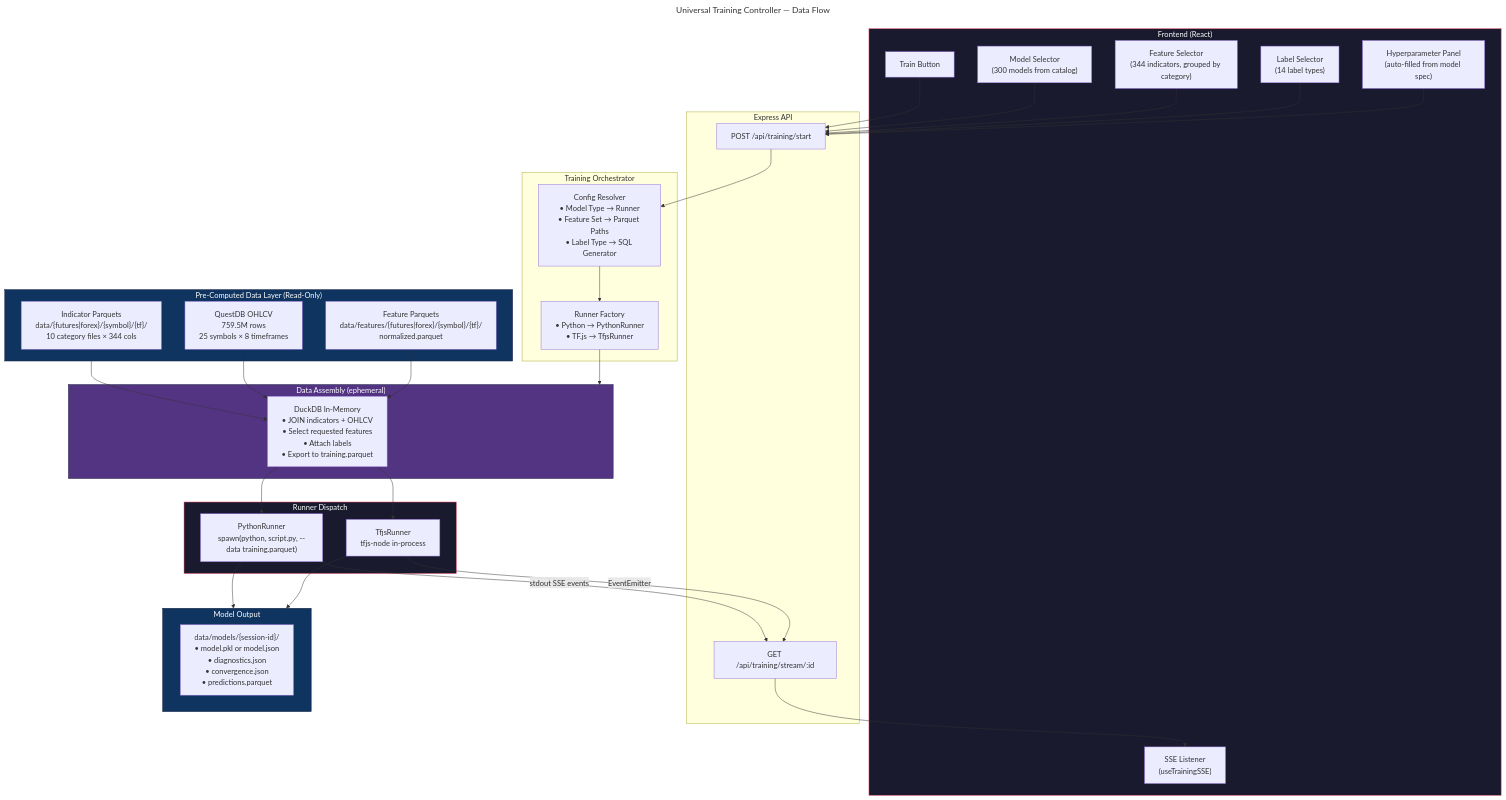
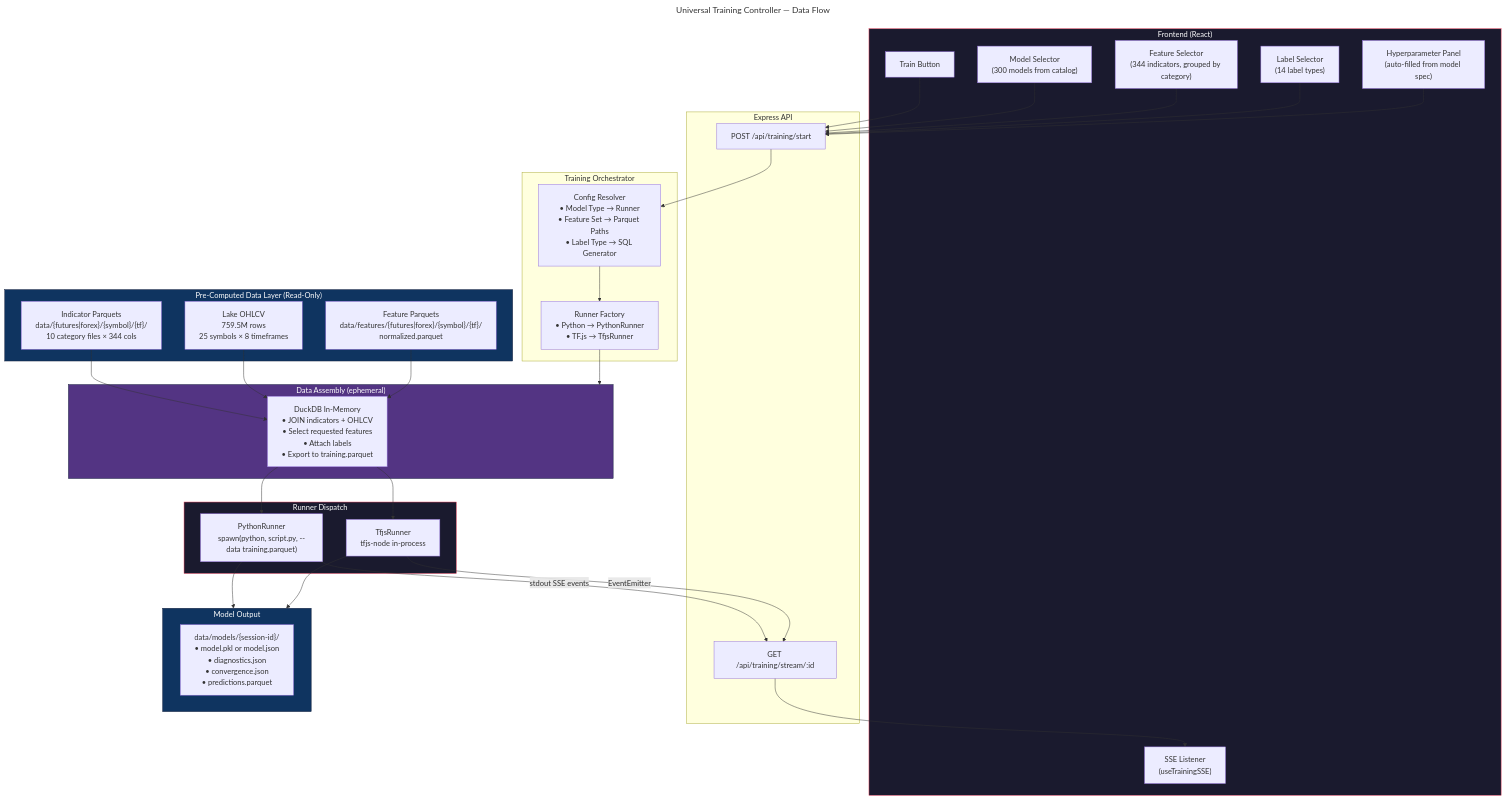
Before and after one commit to Outtsett/ml_dashboard: the first of 4 diagrams in docs/UNIVERSAL-TRAINING-ARCHITECTURE.md, drawn with Mermaid. The commit also changed other lines of this file and 76 other files, not shown here.

````diff
--- a/docs/UNIVERSAL-TRAINING-ARCHITECTURE.md
+++ b/docs/UNIVERSAL-TRAINING-ARCHITECTURE.md
@@ -9,68 +9,68 @@
 ```mermaid
 ---
 title: "Universal Training Controller — Data Flow"
 ---
 flowchart TB
     subgraph UI["Frontend (React)"]
         TB["Train Button"]
         MS["Model Selector\n(300 models from catalog)"]
         FS["Feature Selector\n(344 indicators, grouped by category)"]
         LS["Label Selector\n(14 label types)"]
         HP["Hyperparameter Panel\n(auto-filled from model spec)"]
         SSE["SSE Listener\n(useTrainingSSE)"]
     end
 
     subgraph API["Express API"]
         TR["POST /api/training/start"]
         STREAM["GET /api/training/stream/:id"]
     end
 
     subgraph ORCH["Training Orchestrator"]
         RES["Config Resolver\n• Model Type → Runner\n• Feature Set → Parquet Paths\n• Label Type → SQL Generator"]
         RF["Runner Factory\n• Python → PythonRunner\n• TF.js → TfjsRunner"]
     end
 
     subgraph DATA["Pre-Computed Data Layer (Read-Only)"]
         IND["Indicator Parquets\ndata/{futures|forex}/{symbol}/{tf}/\n10 category files × 344 cols"]
-        OHLCV["QuestDB OHLCV\n759.5M rows\n25 symbols × 8 timeframes"]
+        OHLCV["Lake OHLCV\n759.5M rows\n25 symbols × 8 timeframes"]
         FEAT["Feature Parquets\ndata/features/{futures|forex}/{symbol}/{tf}/\nnormalized.parquet"]
     end
 
     subgraph ASSEMBLE["Data Assembly (ephemeral)"]
         DDB["DuckDB In-Memory\n• JOIN indicators + OHLCV\n• Select requested features\n• Attach labels\n• Export to training.parquet"]
     end
 
     subgraph RUNNERS["Runner Dispatch"]
         PR["PythonRunner\nspawn(python, script.py, --data training.parquet)"]
         TFJS["TfjsRunner\ntfjs-node in-process"]
     end
 
     subgraph OUTPUT["Model Output"]
         MOD["data/models/{session-id}/\n• model.pkl or model.json\n• diagnostics.json\n• convergence.json\n• predictions.parquet"]
     end
 
     TB --> TR
     MS --> TR
     FS --> TR
     LS --> TR
     HP --> TR
     TR --> RES
     RES --> RF
     RF --> ASSEMBLE
     IND --> DDB
     OHLCV --> DDB
     FEAT --> DDB
     DDB --> PR
     DDB --> TFJS
     PR --> OUTPUT
     TFJS --> OUTPUT
     PR -- "stdout SSE events" --> STREAM
     TFJS -- "EventEmitter" --> STREAM
     STREAM --> SSE
 
     style UI fill:#1a1a2e,stroke:#e94560,color:#fff
     style DATA fill:#0f3460,stroke:#16213e,color:#fff
     style ASSEMBLE fill:#533483,stroke:#16213e,color:#fff
     style RUNNERS fill:#1a1a2e,stroke:#e94560,color:#fff
     style OUTPUT fill:#0f3460,stroke:#16213e,color:#fff
 ```
````
